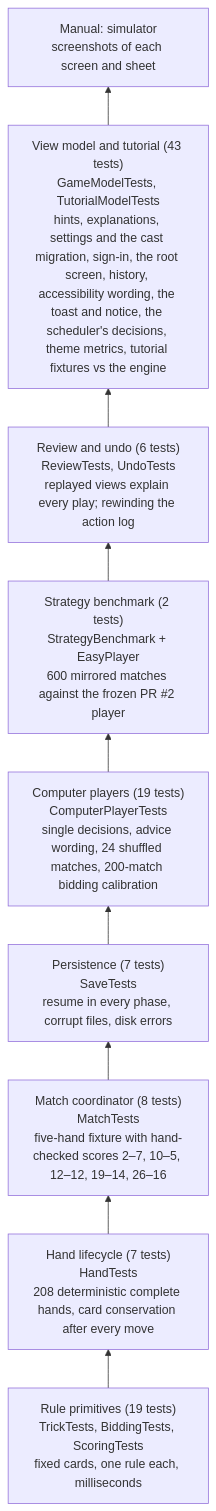
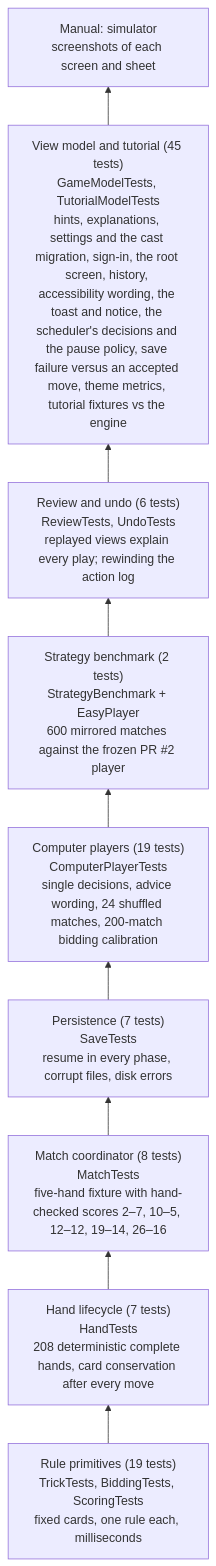
One commit to cmurphy1140/catch-5 changed the first of 2 diagrams in docs/testing.md. Above: the diagram before and after it, drawn with Mermaid. The commit also changed other lines of this file and 12 other files, not shown here.

First line of the commit message:
Pause play under covers; accepted moves survive a failed save (#24)

````diff
--- a/docs/testing.md
+++ b/docs/testing.md
@@ -40,13 +40,13 @@
 ```mermaid
 flowchart BT
     L1["Rule primitives (19 tests)<br/>TrickTests, BiddingTests, ScoringTests<br/>fixed cards, one rule each, milliseconds"]
     L2["Hand lifecycle (7 tests)<br/>HandTests<br/>208 deterministic complete hands, card conservation after every move"]
     L3["Match coordinator (8 tests)<br/>MatchTests<br/>five-hand fixture with hand-checked scores 2–7, 10–5, 12–12, 19–14, 26–16"]
     L4["Persistence (7 tests)<br/>SaveTests<br/>resume in every phase, corrupt files, disk errors"]
     L5["Computer players (19 tests)<br/>ComputerPlayerTests<br/>single decisions, advice wording, 24 shuffled matches, 200-match bidding calibration"]
     L5b["Strategy benchmark (2 tests)<br/>StrategyBenchmark + EasyPlayer<br/>600 mirrored matches against the frozen PR #2 player"]
     L5c["Review and undo (6 tests)<br/>ReviewTests, UndoTests<br/>replayed views explain every play; rewinding the action log"]
-    L6["View model and tutorial (43 tests)<br/>GameModelTests, TutorialModelTests<br/>hints, explanations, settings and the cast migration, sign-in, the root screen, history, accessibility wording, the toast and notice, the scheduler's decisions, theme metrics, tutorial fixtures vs the engine"]
+    L6["View model and tutorial (45 tests)<br/>GameModelTests, TutorialModelTests<br/>hints, explanations, settings and the cast migration, sign-in, the root screen, history, accessibility wording, the toast and notice, the scheduler's decisions and the pause policy, save failure versus an accepted move, theme metrics, tutorial fixtures vs the engine"]
     L7["Manual: simulator<br/>screenshots of each screen and sheet"]
     L1 --> L2 --> L3 --> L4 --> L5 --> L5b --> L5c --> L6 --> L7
 ```
````
